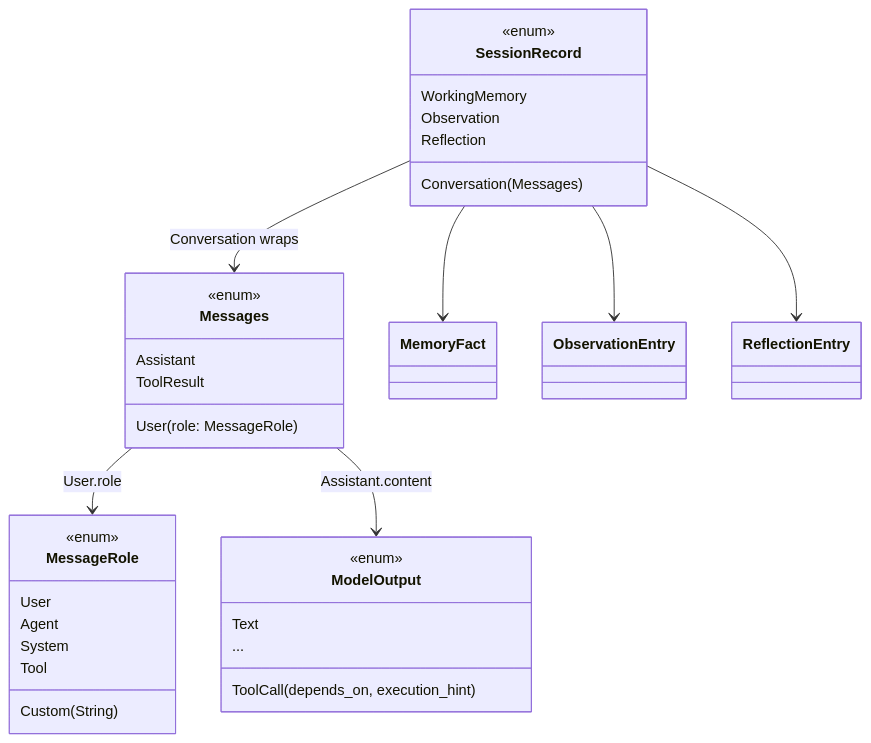
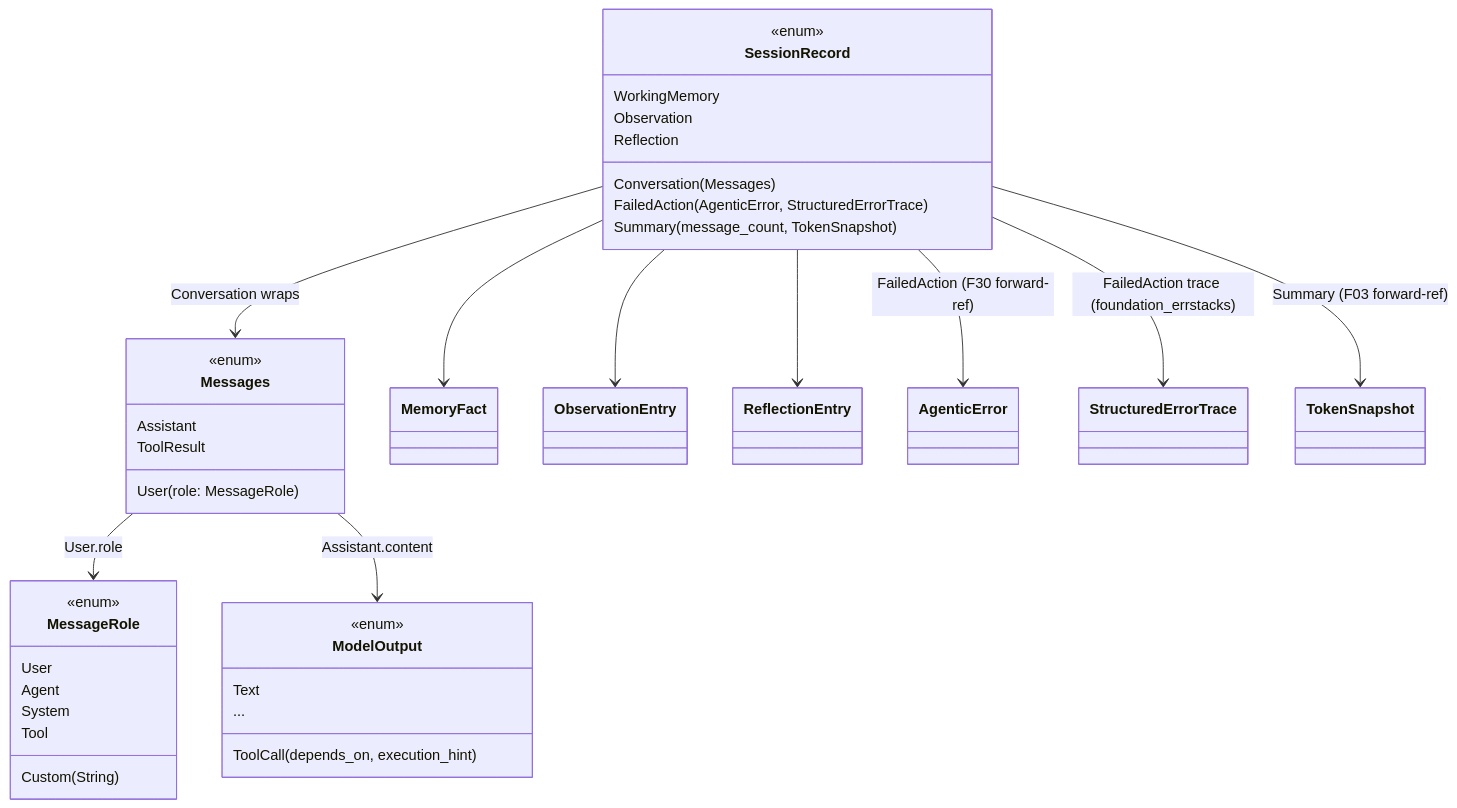
The diagram in specifications/36-agentic-api/features/01-message-model/feature.md (ewe-studios/ewe_platform), drawn with Mermaid before and after one commit. The commit also changed other lines of this file and 35 other files, not shown here.

````diff
--- a/specifications/36-agentic-api/features/01-message-model/feature.md
+++ b/specifications/36-agentic-api/features/01-message-model/feature.md
@@ -305,36 +380,41 @@
 ```mermaid
 classDiagram
     class SessionRecord {
         <<enum>>
         Conversation(Messages)
         WorkingMemory
         Observation
         Reflection
+        FailedAction(AgenticError, StructuredErrorTrace)
+        Summary(message_count, TokenSnapshot)
     }
     class Messages {
         <<enum>>
         User(role: MessageRole)
         Assistant
         ToolResult
     }
     class MessageRole {
         <<enum>>
         User
         Agent
         System
         Tool
         Custom(String)
     }
     class ModelOutput {
         <<enum>>
         Text
         ToolCall(depends_on, execution_hint)
         ...
     }
     SessionRecord --> Messages : Conversation wraps
     Messages --> MessageRole : User.role
     Messages --> ModelOutput : Assistant.content
     SessionRecord --> MemoryFact
     SessionRecord --> ObservationEntry
     SessionRecord --> ReflectionEntry
+    SessionRecord --> AgenticError : FailedAction (F30 forward-ref)
+    SessionRecord --> StructuredErrorTrace : FailedAction trace (foundation_errstacks)
+    SessionRecord --> TokenSnapshot : Summary (F03 forward-ref)
 ```
````
